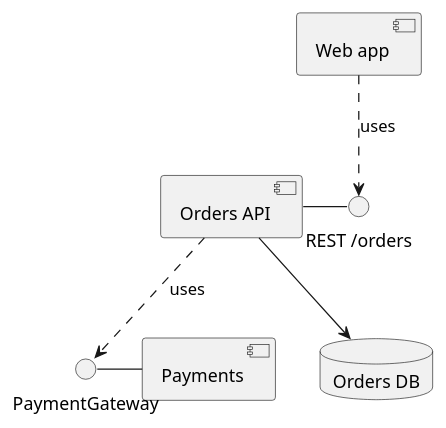
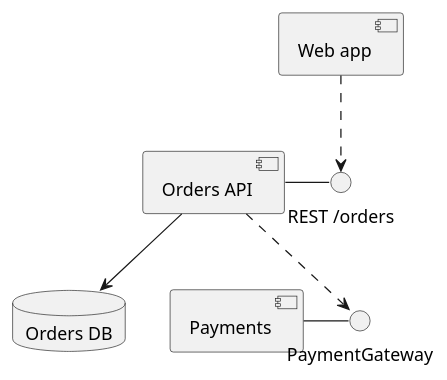
The diagram in skills/uml/references/component.md (bosi-programming/skills), drawn with PlantUML before and after one commit. The commit also changed other lines of this file and 4 other files, not shown here.

First line of the commit message:
docs: set a budget and a check for uml diagrams

````diff
--- a/skills/uml/references/component.md
+++ b/skills/uml/references/component.md
@@ -9,15 +9,15 @@
 ```plantuml
 @startuml
 component [Web app] as Web
 component [Orders API] as Api
 component [Payments] as Payments
 interface "REST /orders" as OrdersRest
 interface "PaymentGateway" as Gateway
 Api - OrdersRest
-Web ..> OrdersRest : uses
+Web ..> OrdersRest
 Payments - Gateway
-Api ..> Gateway : uses
+Api ..> Gateway
 database "Orders DB" as Db
 Api --> Db
 @enduml
 ```
````
